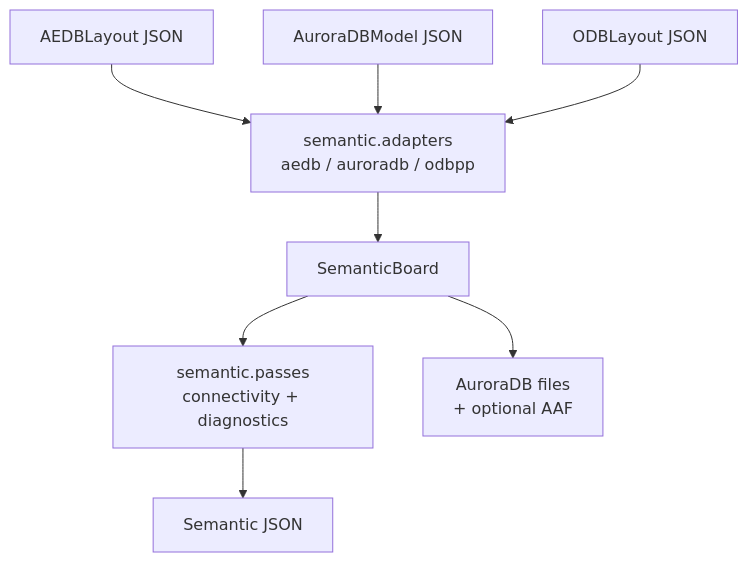
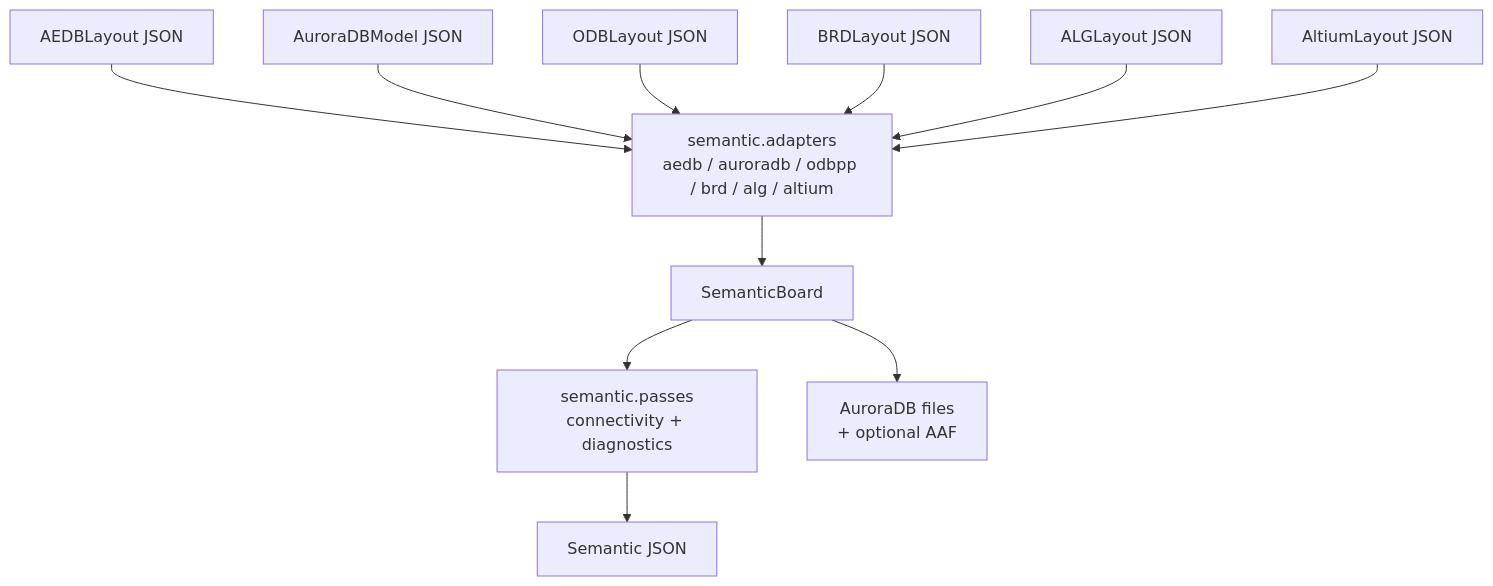
One commit to HaiwenZhang/ZenPCBParser changed the first of 2 diagrams in semantic/docs/architecture.md. Above: the diagram before and after it, drawn with Mermaid. The commit also changed other lines of this file and 45 other files, not shown here.

Commit message:
feat: add Altium parser and fix BRD pad geometry

````diff
--- a/semantic/docs/architecture.md
+++ b/semantic/docs/architecture.md
@@ -22,18 +22,24 @@
 ```mermaid
 flowchart TD
     aedb["AEDBLayout JSON"]
     auroradb["AuroraDBModel JSON"]
     odbpp["ODBLayout JSON"]
+    brd["BRDLayout JSON"]
+    alg["ALGLayout JSON"]
+    altium["AltiumLayout JSON"]
 
-    adapters["semantic.adapters<br/>aedb / auroradb / odbpp"]
+    adapters["semantic.adapters<br/>aedb / auroradb / odbpp / brd / alg / altium"]
     board["SemanticBoard"]
     passes["semantic.passes<br/>connectivity + diagnostics"]
     json["Semantic JSON"]
     aurora_out["AuroraDB files<br/>+ optional AAF"]
 
     aedb --> adapters
     auroradb --> adapters
     odbpp --> adapters
+    brd --> adapters
+    alg --> adapters
+    altium --> adapters
     adapters --> board --> passes --> json
     board --> aurora_out
 ```
````
